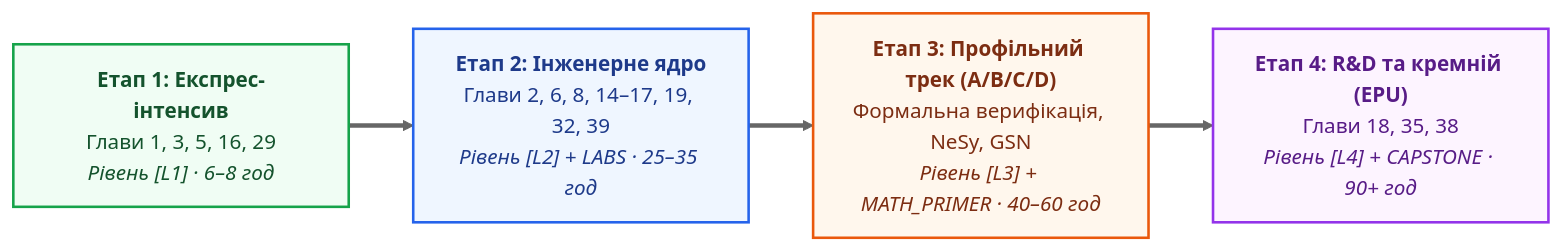
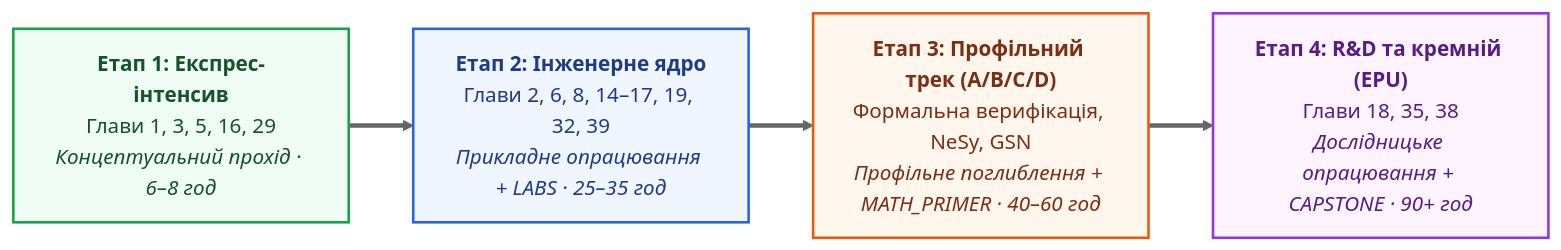
Before and after one commit to nick-fedchik/articles: the seventh of 7 diagrams in ExpertSystem/ch01-introduction-to-expert-systems.md, drawn with Mermaid (neutral theme). The commit also changed other lines of this file and 193 other files, not shown here.

````diff
--- a/ExpertSystem/ch01-introduction-to-expert-systems.md
+++ b/ExpertSystem/ch01-introduction-to-expert-systems.md
@@ -544,22 +544,22 @@
 ```mermaid
 flowchart LR
     accTitle: Спіральна траєкторія оптимального опанування монографії
-    accDescr: Перехід від експрес-маршруту вихідного дня через інженерне ядро розробника до профільної спеціалізації та дослідницького рівня R&D.
+    accDescr: Етапи позначають глибину опрацювання: концептуальний прохід, прикладне опрацювання, профільне поглиблення й дослідницький етап. Вони не змінюють рівнів складності окремих глав; години є орієнтовними.
 
-    S1["<b>Етап 1: Експрес-інтенсив</b><br/>Глави 1, 3, 5, 16, 29<br/><i>Рівень [L1] · 6–8 год</i>"]
-    S2["<b>Етап 2: Інженерне ядро</b><br/>Глави 2, 6, 8, 14–17, 19, 32, 39<br/><i>Рівень [L2] + LABS · 25–35 год</i>"]
-    S3["<b>Етап 3: Профільний трек (A/B/C/D)</b><br/>Формальна верифікація, NeSy, GSN<br/><i>Рівень [L3] + MATH_PRIMER · 40–60 год</i>"]
-    S4["<b>Етап 4: R&D та кремній (EPU)</b><br/>Глави 18, 35, 38<br/><i>Рівень [L4] + CAPSTONE · 90+ год</i>"]
+    S1["<b>Етап 1: Експрес-інтенсив</b><br/>Глави 1, 3, 5, 16, 29<br/><i>Концептуальний прохід · 6–8 год</i>"]
+    S2["<b>Етап 2: Інженерне ядро</b><br/>Глави 2, 6, 8, 14–17, 19, 32, 39<br/><i>Прикладне опрацювання + LABS · 25–35 год</i>"]
+    S3["<b>Етап 3: Профільний трек (A/B/C/D)</b><br/>Формальна верифікація, NeSy, GSN<br/><i>Профільне поглиблення + MATH_PRIMER · 40–60 год</i>"]
+    S4["<b>Етап 4: R&D та кремній (EPU)</b><br/>Глави 18, 35, 38<br/><i>Дослідницьке опрацювання + CAPSTONE · 90+ год</i>"]
 
     S1 ==> S2 ==> S3 ==> S4
 
     classDef l1 fill:#f0fdf4,stroke:#16a34a,stroke-width:2px,color:#14532d;
     classDef l2 fill:#eff6ff,stroke:#2563eb,stroke-width:2px,color:#1e3a8a;
     classDef l3 fill:#fff7ed,stroke:#ea580c,stroke-width:2px,color:#7c2d12;
     classDef l4 fill:#fdf4ff,stroke:#9333ea,stroke-width:2px,color:#581c87;
 
     class S1 l1;
     class S2 l2;
     class S3 l3;
     class S4 l4;
 ```
````
